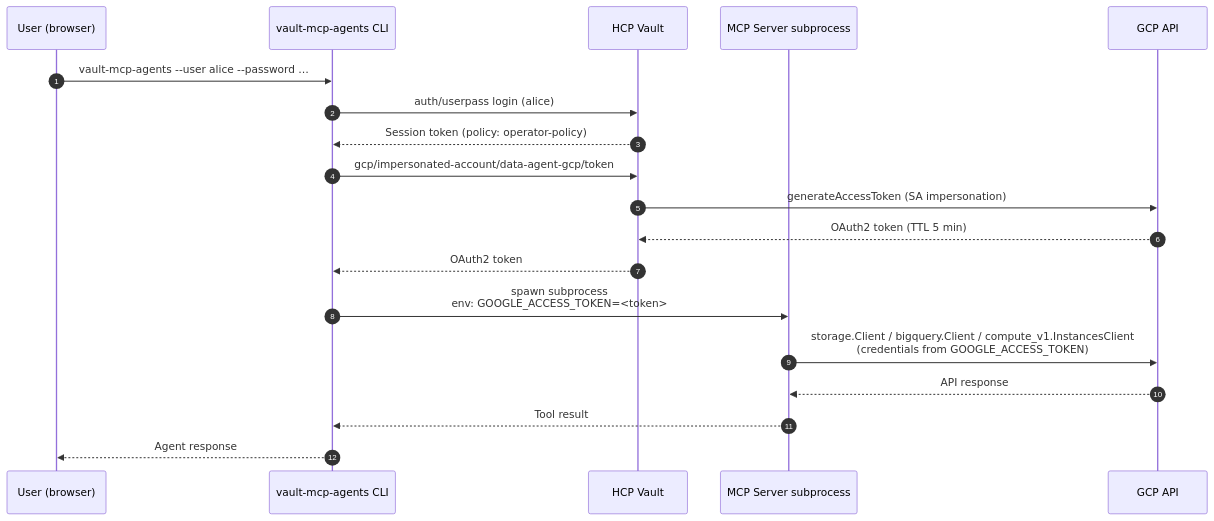
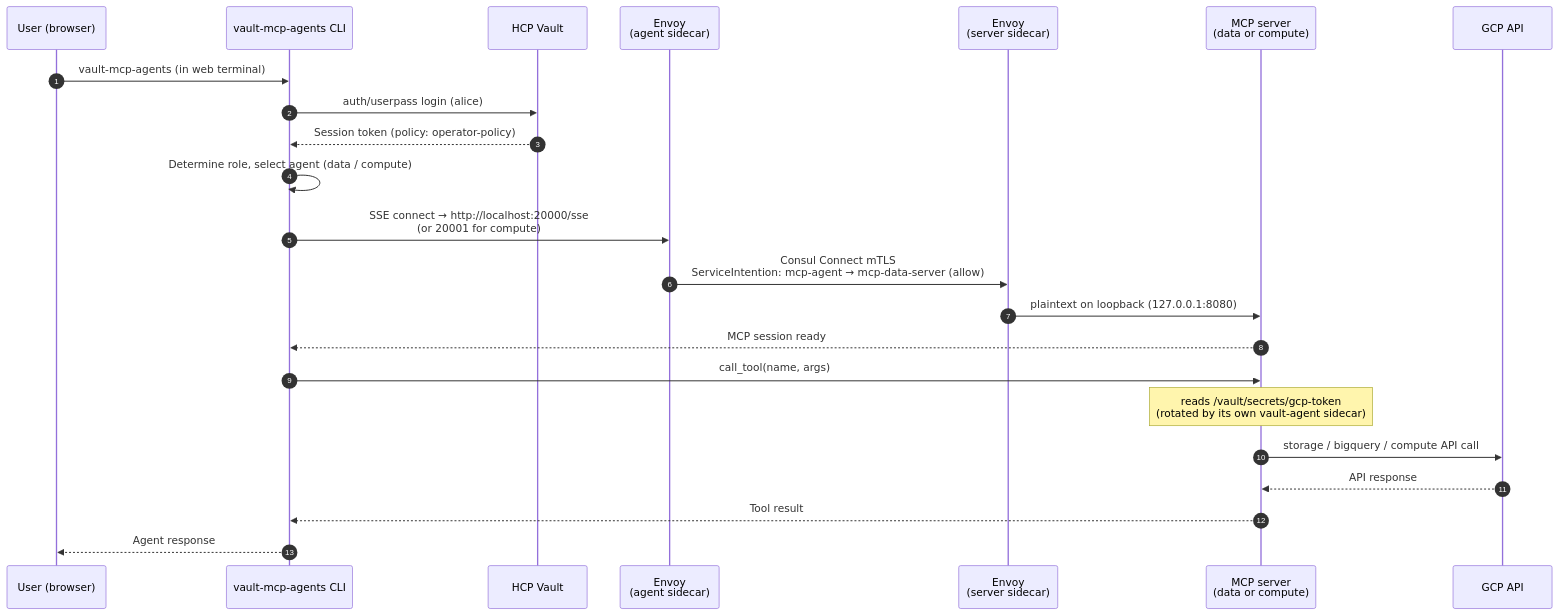
Before and after one commit to ChrisAdkin8/consul-mcp-agents: the second of 4 diagrams in README.md, drawn with Mermaid. The commit also changed other lines of this file and 3 other files, not shown here.

````diff
--- a/README.md
+++ b/README.md
@@ -139,24 +174,28 @@
 ```mermaid
 sequenceDiagram
     autonumber
     participant U   as User (browser)
     participant App as vault-mcp-agents CLI
     participant V   as HCP Vault
-    participant MCP as MCP Server subprocess
+    participant Eag as Envoy<br/>(agent sidecar)
+    participant Esr as Envoy<br/>(server sidecar)
+    participant Srv as MCP server<br/>(data or compute)
     participant GCP as GCP API
 
-    U->>App: vault-mcp-agents --user alice --password …
+    U->>App: vault-mcp-agents (in web terminal)
     App->>V: auth/userpass login (alice)
     V-->>App: Session token (policy: operator-policy)
+    App->>App: Determine role, select agent (data / compute)
 
-    App->>V: gcp/impersonated-account/data-agent-gcp/token
-    V->>GCP: generateAccessToken (SA impersonation)
-    GCP-->>V: OAuth2 token (TTL 5 min)
-    V-->>App: OAuth2 token
+    App->>Eag: SSE connect → http://localhost:20000/sse<br/>(or 20001 for compute)
+    Eag->>Esr: Consul Connect mTLS<br/>ServiceIntention: mcp-agent → mcp-data-server (allow)
+    Esr->>Srv: plaintext on loopback (127.0.0.1:8080)
+    Srv-->>App: MCP session ready
 
-    App->>MCP: spawn subprocess<br/>env: GOOGLE_ACCESS_TOKEN=<token>
-    MCP->>GCP: storage.Client / bigquery.Client / compute_v1.InstancesClient<br/>(credentials from GOOGLE_ACCESS_TOKEN)
-    GCP-->>MCP: API response
-    MCP-->>App: Tool result
+    App->>Srv: call_tool(name, args)
+    Note over Srv: reads /vault/secrets/gcp-token<br/>(rotated by its own vault-agent sidecar)
+    Srv->>GCP: storage / bigquery / compute API call
+    GCP-->>Srv: API response
+    Srv-->>App: Tool result
     App-->>U: Agent response
 ```
````
